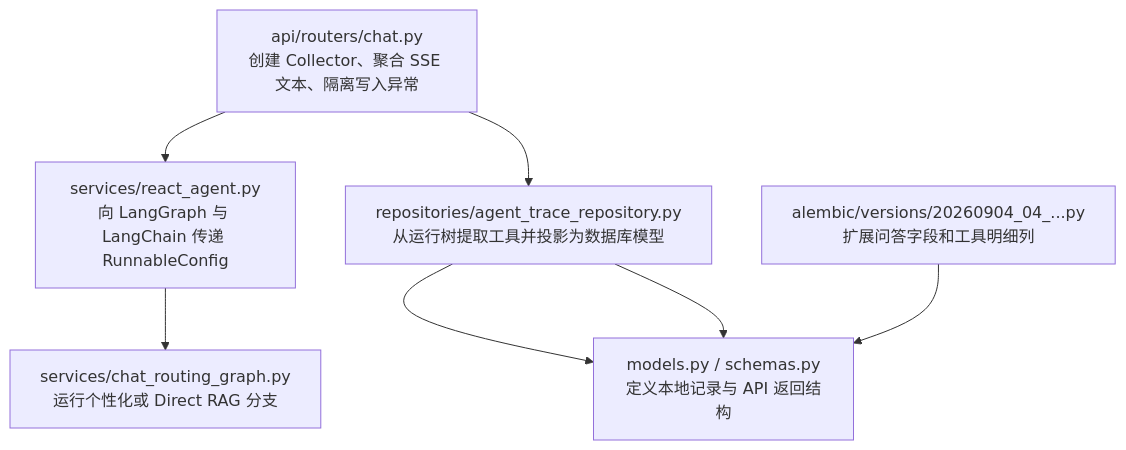
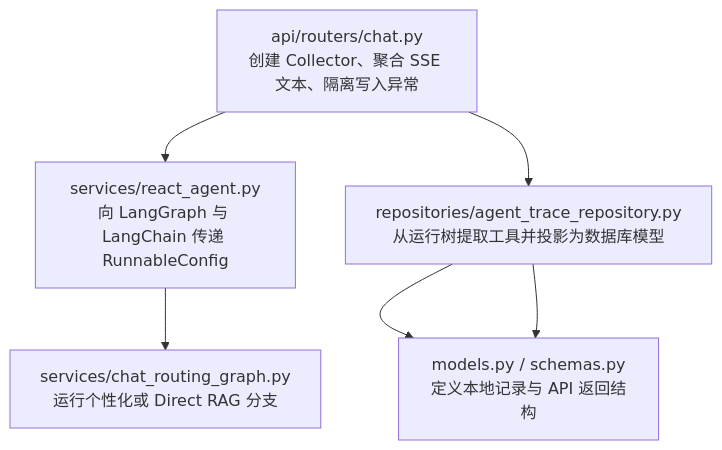
Before and after one commit to Leewx-char/FitAgent: the fourth of 4 diagrams in docs/agent-run-logging-architecture.md, drawn with Mermaid. The commit also changed other lines of this file and 12 other files, not shown here.

Commit message:
refactor: remove alembic schema migrations

````diff
--- a/docs/agent-run-logging-architecture.md
+++ b/docs/agent-run-logging-architecture.md
@@ -115,14 +115,12 @@
 ```mermaid
 flowchart TB
     API[api/routers/chat.py<br/>创建 Collector、聚合 SSE 文本、隔离写入异常]
     Agent[services/react_agent.py<br/>向 LangGraph 与 LangChain 传递 RunnableConfig]
     Graph[services/chat_routing_graph.py<br/>运行个性化或 Direct RAG 分支]
     Repo[repositories/agent_trace_repository.py<br/>从运行树提取工具并投影为数据库模型]
     Model[models.py / schemas.py<br/>定义本地记录与 API 返回结构]
-    Migration[alembic/versions/20260904_04_...py<br/>扩展问答字段和工具明细列]
 
     API --> Agent --> Graph
     API --> Repo --> Model
     Repo --> Model
-    Migration --> Model
 ```
````
